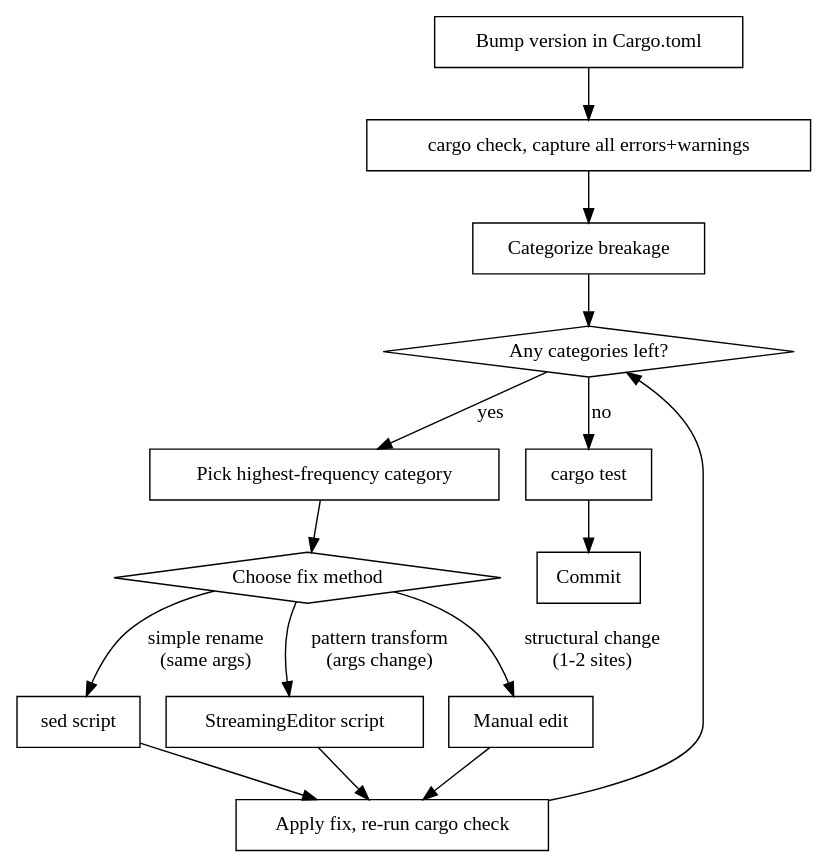
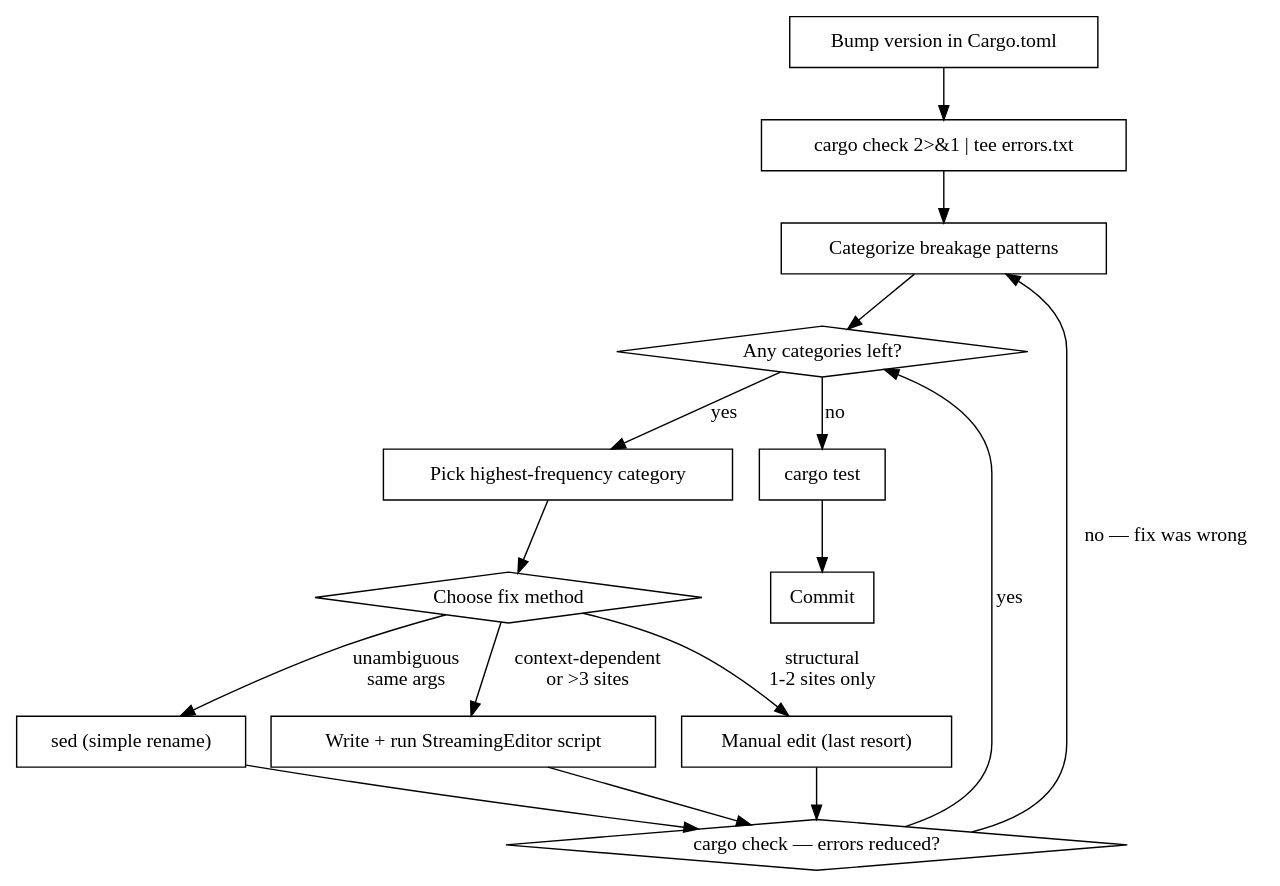
The diagram in hdb-rust-dependency-upgrade/SKILL.md (hughdbrown/claude-skills), drawn with Graphviz before and after one commit. The commit also changed other lines of this file, not shown here.

````diff
--- a/hdb-rust-dependency-upgrade/SKILL.md
+++ b/hdb-rust-dependency-upgrade/SKILL.md
@@ -25,31 +27,32 @@
 ```dot
 digraph upgrade {
     "Bump version in Cargo.toml" [shape=box];
-    "cargo check, capture all errors+warnings" [shape=box];
-    "Categorize breakage" [shape=box];
+    "cargo check 2>&1 | tee errors.txt" [shape=box];
+    "Categorize breakage patterns" [shape=box];
     "Any categories left?" [shape=diamond];
     "Pick highest-frequency category" [shape=box];
     "Choose fix method" [shape=diamond];
-    "sed script" [shape=box];
-    "StreamingEditor script" [shape=box];
-    "Manual edit" [shape=box];
-    "Apply fix, re-run cargo check" [shape=box];
+    "sed (simple rename)" [shape=box];
+    "Write + run StreamingEditor script" [shape=box];
+    "Manual edit (last resort)" [shape=box];
+    "cargo check — errors reduced?" [shape=diamond];
     "cargo test" [shape=box];
     "Commit" [shape=box];
 
-    "Bump version in Cargo.toml" -> "cargo check, capture all errors+warnings";
-    "cargo check, capture all errors+warnings" -> "Categorize breakage";
-    "Categorize breakage" -> "Any categories left?";
+    "Bump version in Cargo.toml" -> "cargo check 2>&1 | tee errors.txt";
+    "cargo check 2>&1 | tee errors.txt" -> "Categorize breakage patterns";
+    "Categorize breakage patterns" -> "Any categories left?";
     "Any categories left?" -> "Pick highest-frequency category" [label="yes"];
     "Any categories left?" -> "cargo test" [label="no"];
     "Pick highest-frequency category" -> "Choose fix method";
-    "Choose fix method" -> "sed script" [label="simple rename\n(same args)"];
-    "Choose fix method" -> "StreamingEditor script" [label="pattern transform\n(args change)"];
-    "Choose fix method" -> "Manual edit" [label="structural change\n(1-2 sites)"];
-    "sed script" -> "Apply fix, re-run cargo check";
-    "StreamingEditor script" -> "Apply fix, re-run cargo check";
-    "Manual edit" -> "Apply fix, re-run cargo check";
-    "Apply fix, re-run cargo check" -> "Any categories left?";
+    "Choose fix method" -> "sed (simple rename)" [label="unambiguous\nsame args"];
+    "Choose fix method" -> "Write + run StreamingEditor script" [label="context-dependent\nor >3 sites"];
+    "Choose fix method" -> "Manual edit (last resort)" [label="structural\n1-2 sites only"];
+    "sed (simple rename)" -> "cargo check — errors reduced?";
+    "Write + run StreamingEditor script" -> "cargo check — errors reduced?";
+    "Manual edit (last resort)" -> "cargo check — errors reduced?";
+    "cargo check — errors reduced?" -> "Any categories left?" [label="yes"];
+    "cargo check — errors reduced?" -> "Categorize breakage patterns" [label="no — fix was wrong"];
     "cargo test" -> "Commit";
 }
 ```
````
